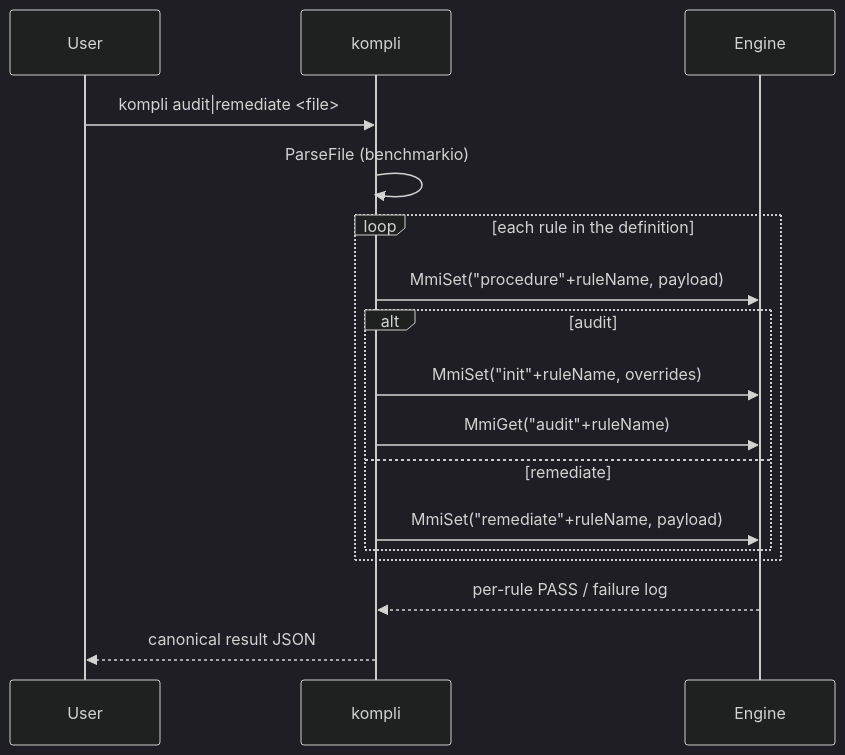
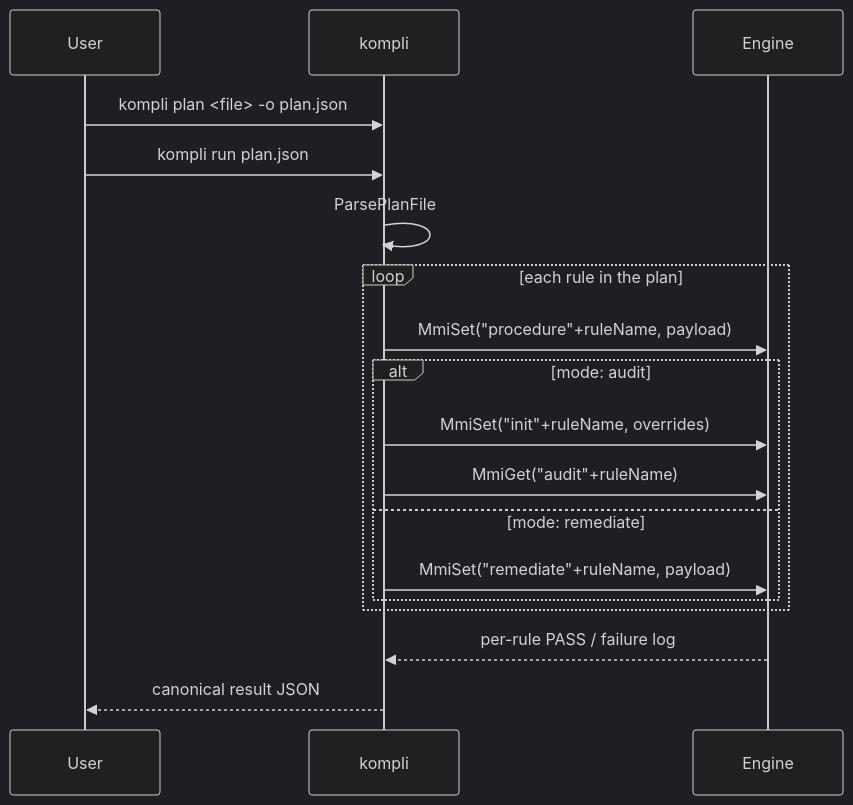
One commit to microsoft/kompli changed the fourth of 5 diagrams in docs/architecture.md. Above: the diagram before and after it, drawn with Mermaid (dark theme). The commit also changed other lines of this file and 2 other files, not shown here.

Commit message:
Drop status framing, remove stale audit/remediate commands

````diff
--- a/docs/architecture.md
+++ b/docs/architecture.md
@@ -363,19 +361,20 @@
 ```mermaid
 sequenceDiagram
     participant User
     participant CLI as kompli
     participant Engine
-    User->>CLI: kompli audit|remediate <file>
-    CLI->>CLI: ParseFile (benchmarkio)
-    loop each rule in the definition
+    User->>CLI: kompli plan <file> -o plan.json
+    User->>CLI: kompli run plan.json
+    CLI->>CLI: ParsePlanFile
+    loop each rule in the plan
         CLI->>Engine: MmiSet("procedure"+ruleName, payload)
-        alt audit
+        alt mode: audit
             CLI->>Engine: MmiSet("init"+ruleName, overrides)
             CLI->>Engine: MmiGet("audit"+ruleName)
-        else remediate
+        else mode: remediate
             CLI->>Engine: MmiSet("remediate"+ruleName, payload)
         end
     end
     Engine-->>CLI: per-rule PASS / failure log
     CLI-->>User: canonical result JSON
 ```
````
